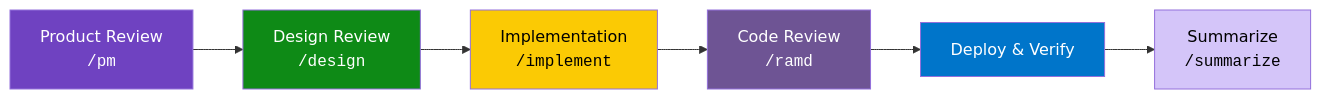
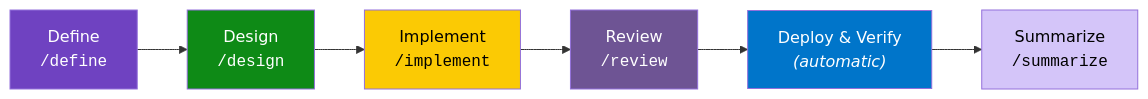
The second of 3 diagrams in docs/concepts.md (suniljames/directives), drawn with Mermaid before and after one commit. The commit also changed other lines of this file and 21 other files, not shown here.

````diff
--- a/docs/concepts.md
+++ b/docs/concepts.md
@@ -108,15 +108,15 @@
 ```mermaid
 graph LR
-    A["Product Review<br/><code>/pm</code>"] --> B["Design Review<br/><code>/design</code>"]
-    B --> C["Implementation<br/><code>/implement</code>"]
-    C --> D["Code Review<br/><code>/ramd</code>"]
-    D --> E["Deploy & Verify"]
+    A["Define<br/><code>/define</code>"] --> B["Design<br/><code>/design</code>"]
+    B --> C["Implement<br/><code>/implement</code>"]
+    C --> D["Review<br/><code>/review</code>"]
+    D --> E["Deploy & Verify<br/><em>(automatic)</em>"]
     E --> F["Summarize<br/><code>/summarize</code>"]
 
     style A fill:#6f42c1,color:#fff
     style B fill:#0e8a16,color:#fff
     style C fill:#fbca04,color:#000
     style D fill:#6e5494,color:#fff
     style E fill:#0075ca,color:#fff
     style F fill:#d4c5f9,color:#000
 ```
````
